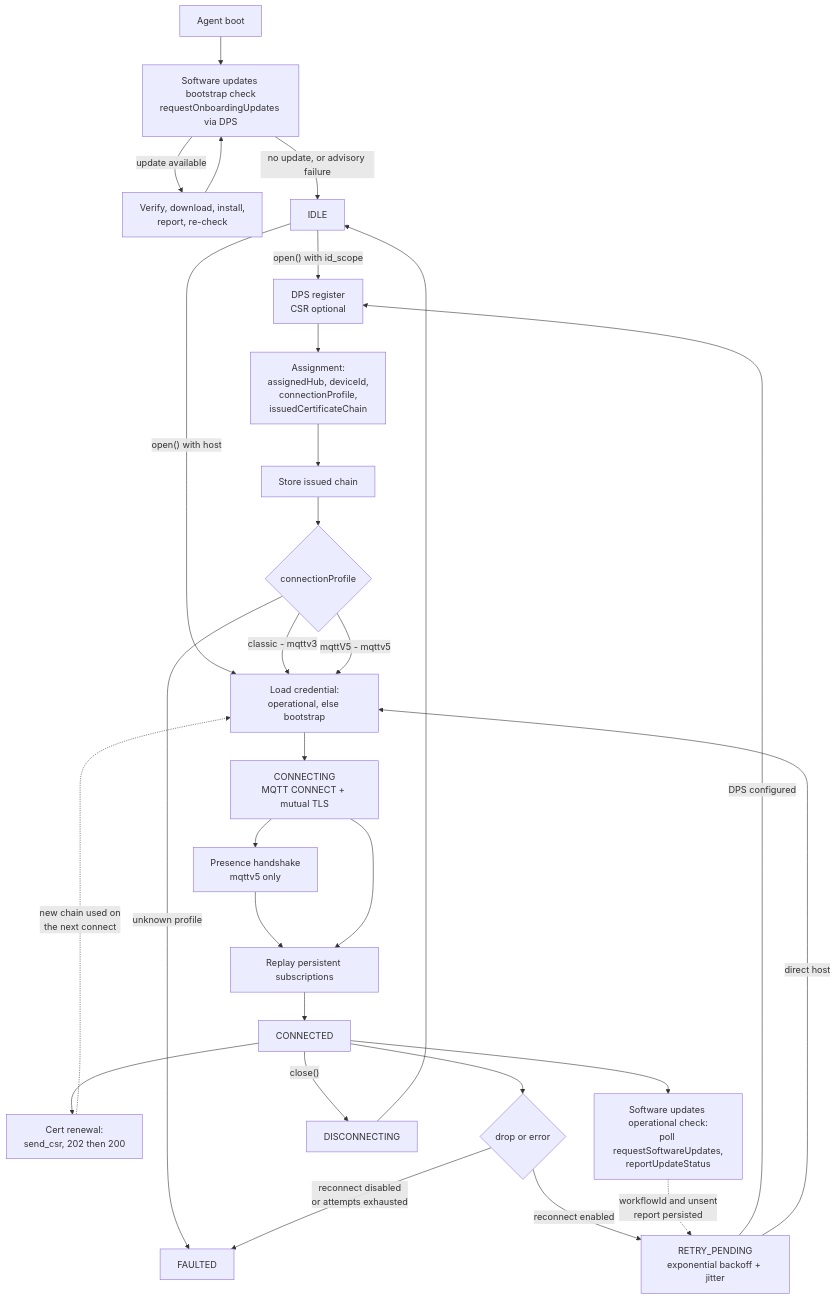
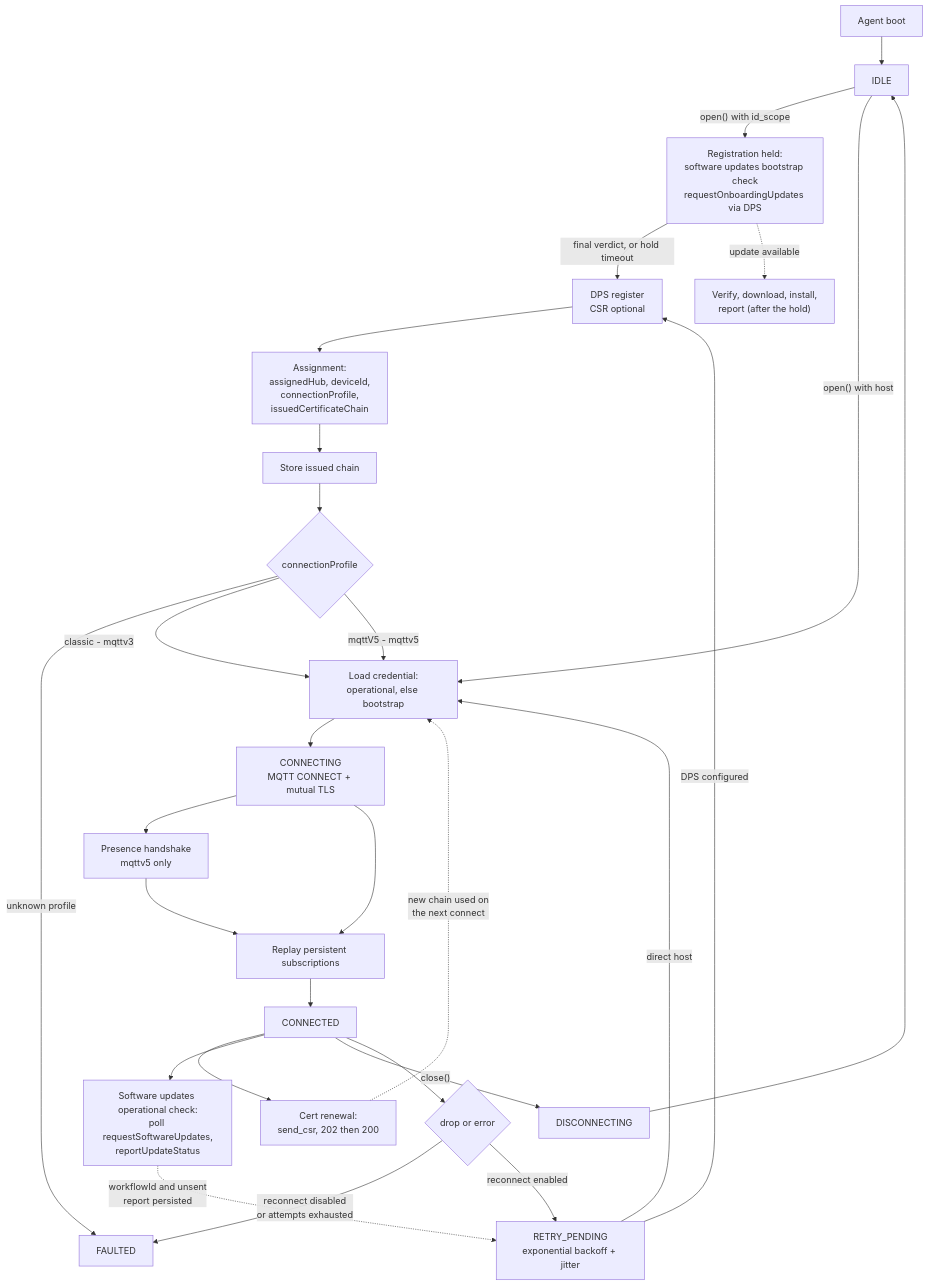
One commit to Azure/azure-iot-sdk changed the ninth of 9 diagrams in c/docs/eng/connection.md. Above: the diagram before and after it, drawn with Mermaid. The commit also changed other lines of this file and 7 other files, not shown here.

````diff
--- a/c/docs/eng/connection.md
+++ b/c/docs/eng/connection.md
@@ -640,36 +642,34 @@
 ```mermaid
 flowchart TB
-    BOOT["Agent boot"] --> BCHK["Software updates bootstrap check<br/>requestOnboardingUpdates via DPS"]
-    BCHK -->|"update available"| BINST["Verify, download, install,<br/>report, re-check"]
-    BINST --> BCHK
-    BCHK -->|"no update, or advisory failure"| IDLE["IDLE"]
-
-    IDLE -->|"open() with id_scope"| REG["DPS register<br/>CSR optional"]
+    BOOT["Agent boot"] --> IDLE["IDLE"]
+    IDLE -->|"open() with id_scope"| BCHK["Registration held:<br/>software updates bootstrap check<br/>requestOnboardingUpdates via DPS"]
+    BCHK -->|"final verdict, or hold timeout"| REG["DPS register<br/>CSR optional"]
+    BCHK -.->|"update available"| BINST["Verify, download, install,<br/>report (after the hold)"]
     IDLE -->|"open() with host"| CRED
 
     REG --> ASSIGN["Assignment:<br/>assignedHub, deviceId,<br/>connectionProfile,<br/>issuedCertificateChain"]
     ASSIGN --> STORE1["Store issued chain"]
     STORE1 --> PROFILE{"connectionProfile"}
 
     PROFILE -->|"unknown profile"| FAULTED
     PROFILE -->|"classic - mqttv3"| CRED
     PROFILE -->|"mqttV5 - mqttv5"| CRED["Load credential:<br/>operational, else bootstrap"]
 
     CRED --> CONNECTING["CONNECTING<br/>MQTT CONNECT + mutual TLS"]
     CONNECTING --> BIRTH["Presence handshake<br/>mqttv5 only"]
     BIRTH --> SUBS["Replay persistent subscriptions"]
     CONNECTING --> SUBS
     SUBS --> CONNECTED["CONNECTED"]
 
     CONNECTED --> CRENEW["Cert renewal:<br/>send_csr, 202 then 200"]
     CRENEW -.->|"new chain used on<br/>the next connect"| CRED
     CONNECTED --> ARENEW["Software updates operational check:<br/>poll requestSoftwareUpdates,<br/>reportUpdateStatus"]
 
     CONNECTED -->|"close()"| DISC["DISCONNECTING"] --> IDLE
     CONNECTED --> DROP{"drop or error"}
     DROP -->|"reconnect disabled<br/>or attempts exhausted"| FAULTED["FAULTED"]
     DROP -->|"reconnect enabled"| RECON["RETRY_PENDING<br/>exponential backoff + jitter"]
     RECON -->|"DPS configured"| REG
     RECON -->|"direct host"| CRED
     ARENEW -.->|"workflowId and unsent<br/>report persisted"| RECON
 ```
````
